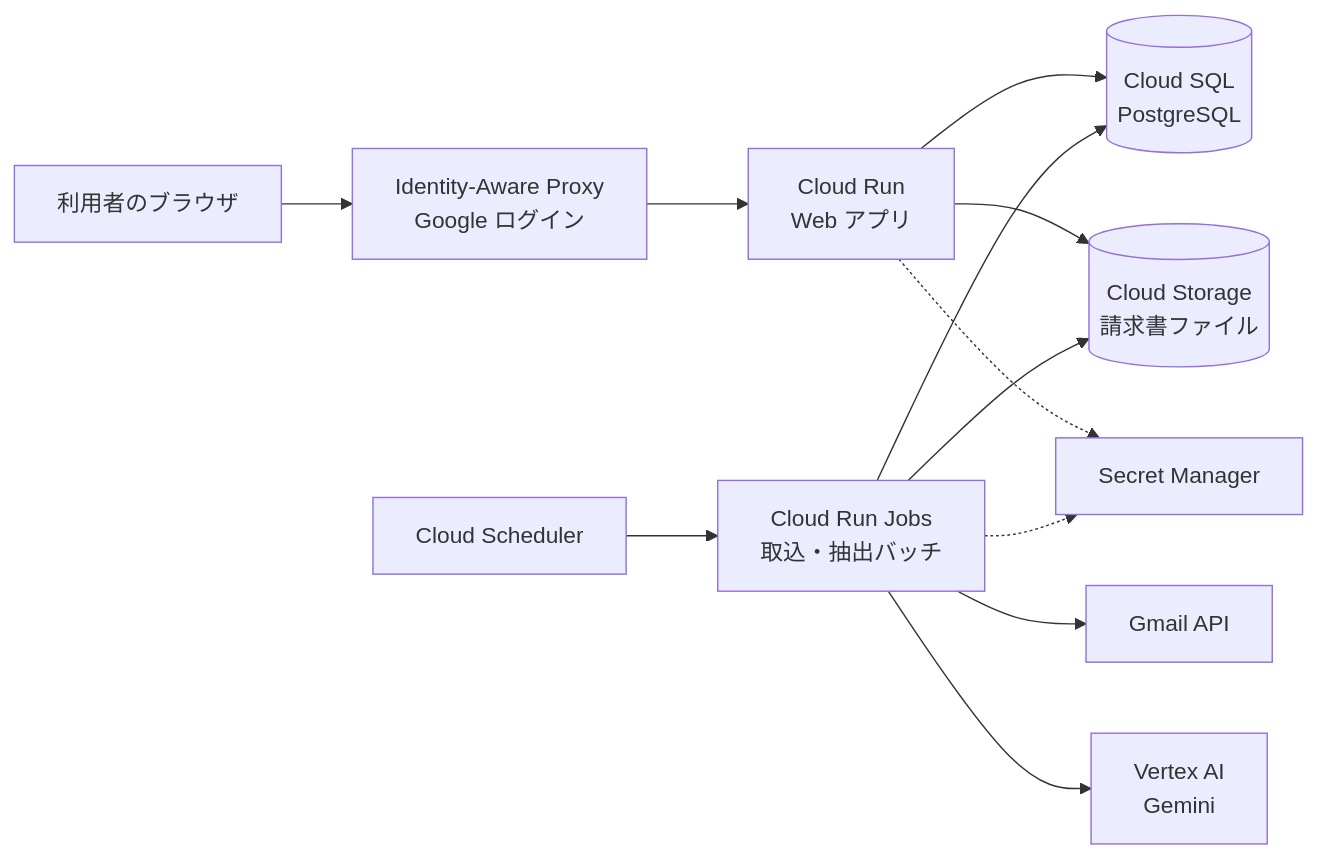
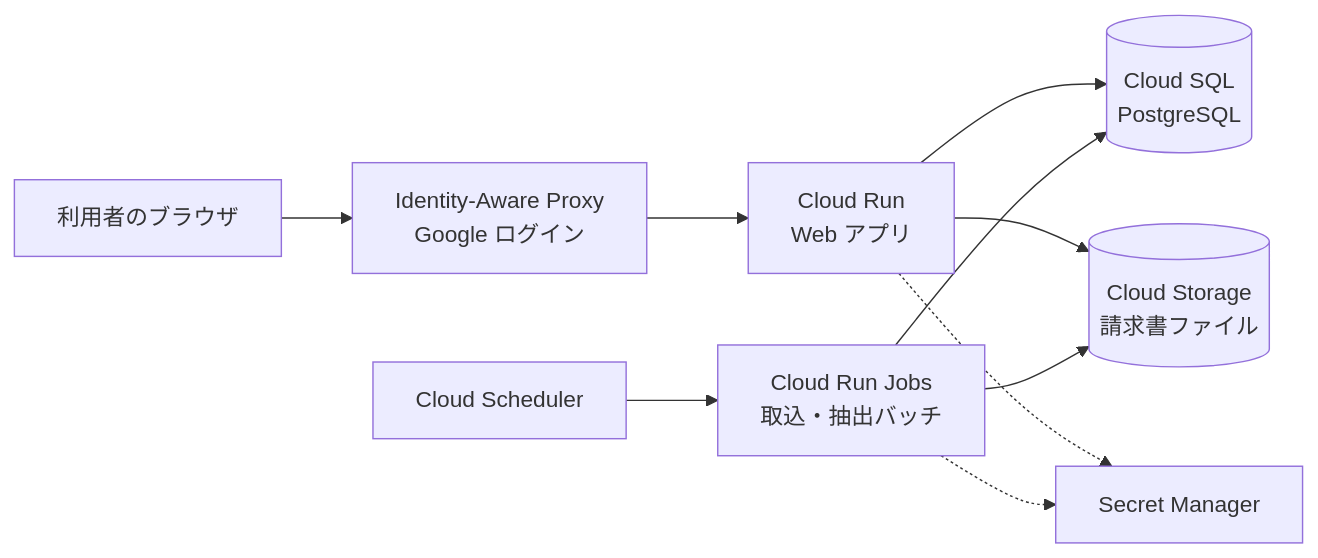
One commit to Sooohei/billing_automation_lab changed the first of 2 diagrams in docs/design/architecture.md. Above: the diagram before and after it, drawn with Mermaid. The commit also changed other lines of this file and 11 other files, not shown here.

````diff
--- a/docs/design/architecture.md
+++ b/docs/design/architecture.md
@@ -89,14 +91,12 @@
 ```mermaid
 flowchart LR
     User[利用者のブラウザ] --> IAP[Identity-Aware Proxy<br>Google ログイン]
     IAP --> Run[Cloud Run<br>Web アプリ]
     Run --> SQL[(Cloud SQL<br>PostgreSQL)]
     Run --> GCS[(Cloud Storage<br>請求書ファイル)]
     Scheduler[Cloud Scheduler] --> Job[Cloud Run Jobs<br>取込・抽出バッチ]
     Job --> SQL
     Job --> GCS
-    Job --> Gmail[Gmail API]
-    Job --> Gemini[Vertex AI<br>Gemini]
     Run -.-> Secret[Secret Manager]
     Job -.-> Secret
 ```
````
